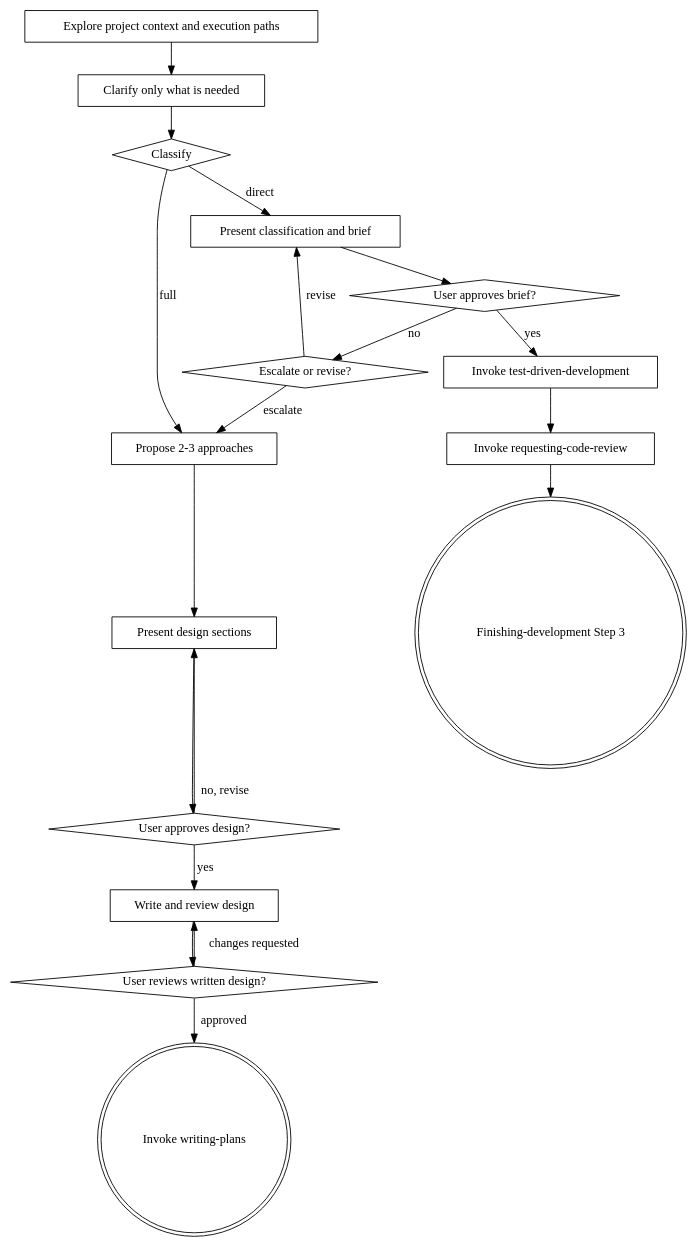
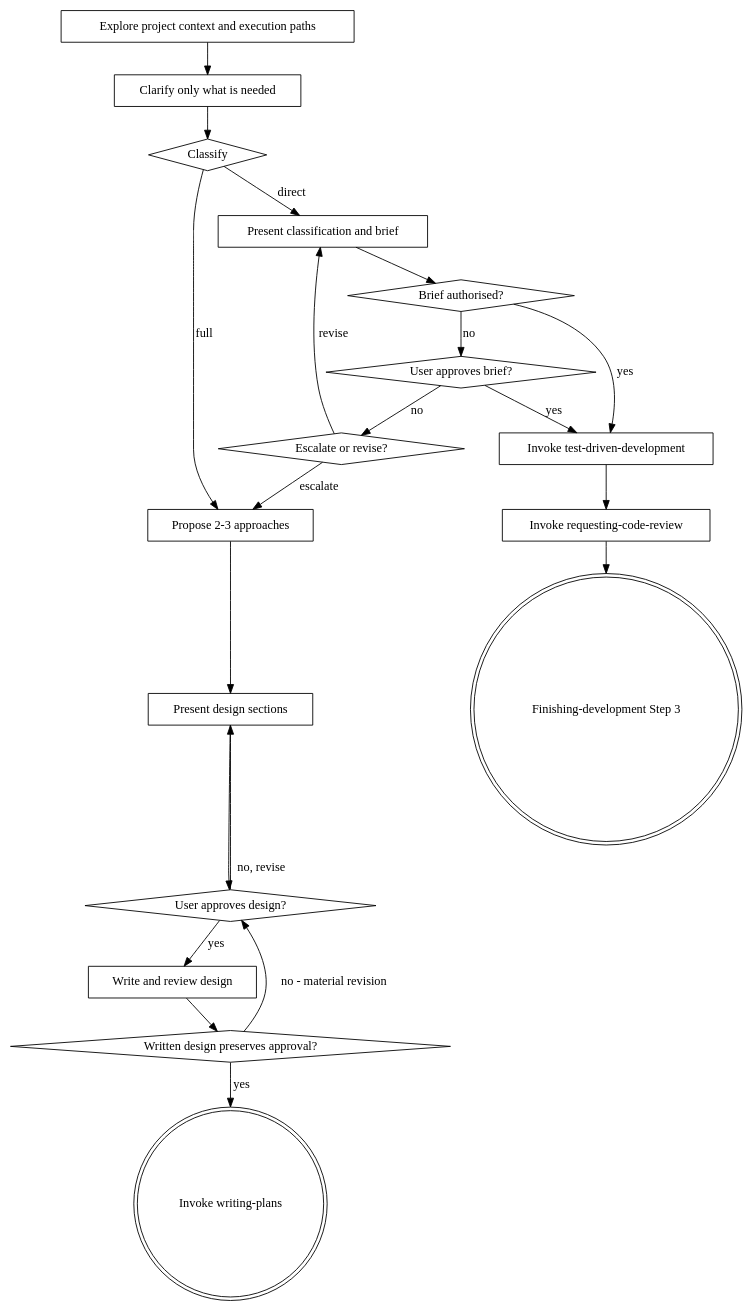
One commit to j10t-dev/1337-skills changed the diagram in skills/brainstorming/SKILL.md. Above: the diagram before and after it, drawn with Graphviz. The commit also changed other lines of this file and 20 other files, not shown here.

````diff
--- a/skills/brainstorming/SKILL.md
+++ b/skills/brainstorming/SKILL.md
@@ -46,38 +40,41 @@
 ```dot
 digraph brainstorming {
     "Explore project context and execution paths" [shape=box];
     "Clarify only what is needed" [shape=box];
     "Classify" [shape=diamond];
     "Present classification and brief" [shape=box];
+    "Brief authorised?" [shape=diamond];
     "User approves brief?" [shape=diamond];
     "Escalate or revise?" [shape=diamond];
     "Invoke test-driven-development" [shape=box];
     "Invoke requesting-code-review" [shape=box];
     "Finishing-development Step 3" [shape=doublecircle];
     "Propose 2-3 approaches" [shape=box];
     "Present design sections" [shape=box];
     "User approves design?" [shape=diamond];
     "Write and review design" [shape=box];
-    "User reviews written design?" [shape=diamond];
+    "Written design preserves approval?" [shape=diamond];
     "Invoke writing-plans" [shape=doublecircle];
 
     "Explore project context and execution paths" -> "Clarify only what is needed";
     "Clarify only what is needed" -> "Classify";
     "Classify" -> "Present classification and brief" [label="direct"];
     "Classify" -> "Propose 2-3 approaches" [label="full"];
-    "Present classification and brief" -> "User approves brief?";
+    "Present classification and brief" -> "Brief authorised?";
+    "Brief authorised?" -> "Invoke test-driven-development" [label="yes"];
+    "Brief authorised?" -> "User approves brief?" [label="no"];
     "User approves brief?" -> "Invoke test-driven-development" [label="yes"];
     "User approves brief?" -> "Escalate or revise?" [label="no"];
     "Escalate or revise?" -> "Propose 2-3 approaches" [label="escalate"];
     "Escalate or revise?" -> "Present classification and brief" [label="revise"];
     "Invoke test-driven-development" -> "Invoke requesting-code-review";
     "Invoke requesting-code-review" -> "Finishing-development Step 3";
     "Propose 2-3 approaches" -> "Present design sections";
     "Present design sections" -> "User approves design?";
     "User approves design?" -> "Present design sections" [label="no, revise"];
     "User approves design?" -> "Write and review design" [label="yes"];
-    "Write and review design" -> "User reviews written design?";
-    "User reviews written design?" -> "Write and review design" [label="changes requested"];
-    "User reviews written design?" -> "Invoke writing-plans" [label="approved"];
+    "Write and review design" -> "Written design preserves approval?";
+    "Written design preserves approval?" -> "User approves design?" [label="no - material revision"];
+    "Written design preserves approval?" -> "Invoke writing-plans" [label="yes"];
 }
 ```
````
